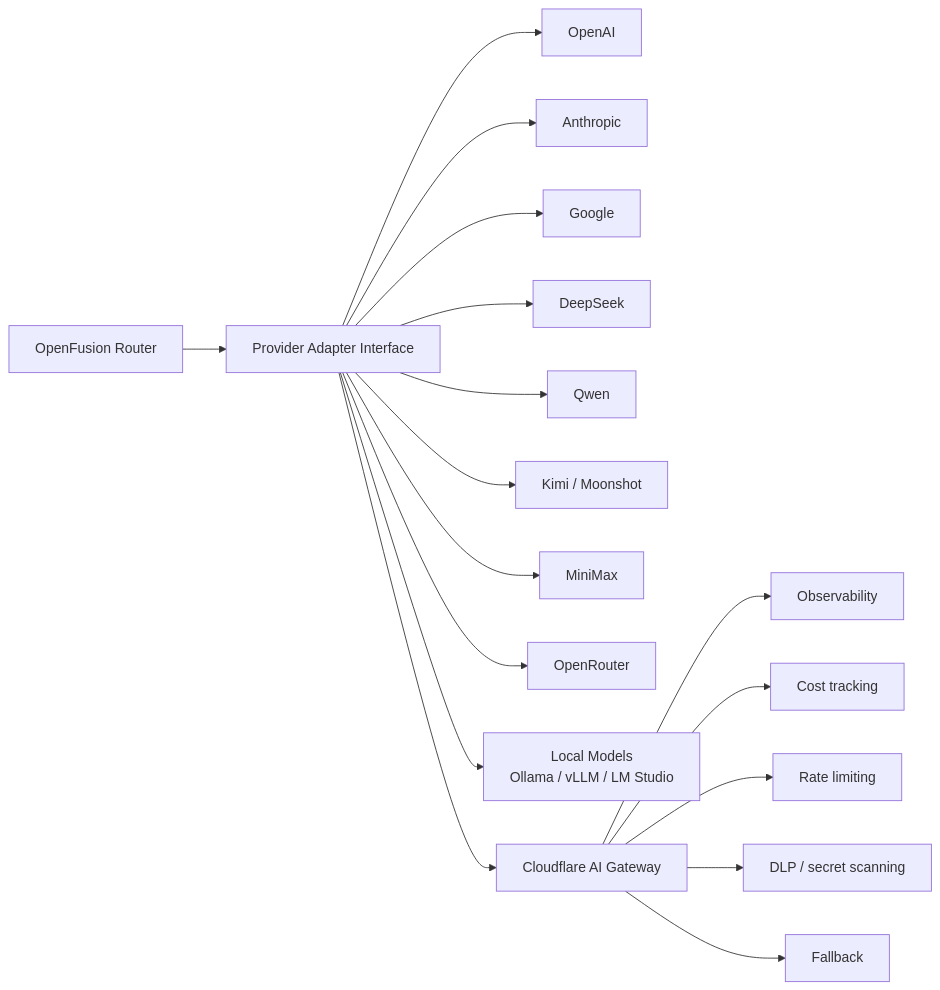
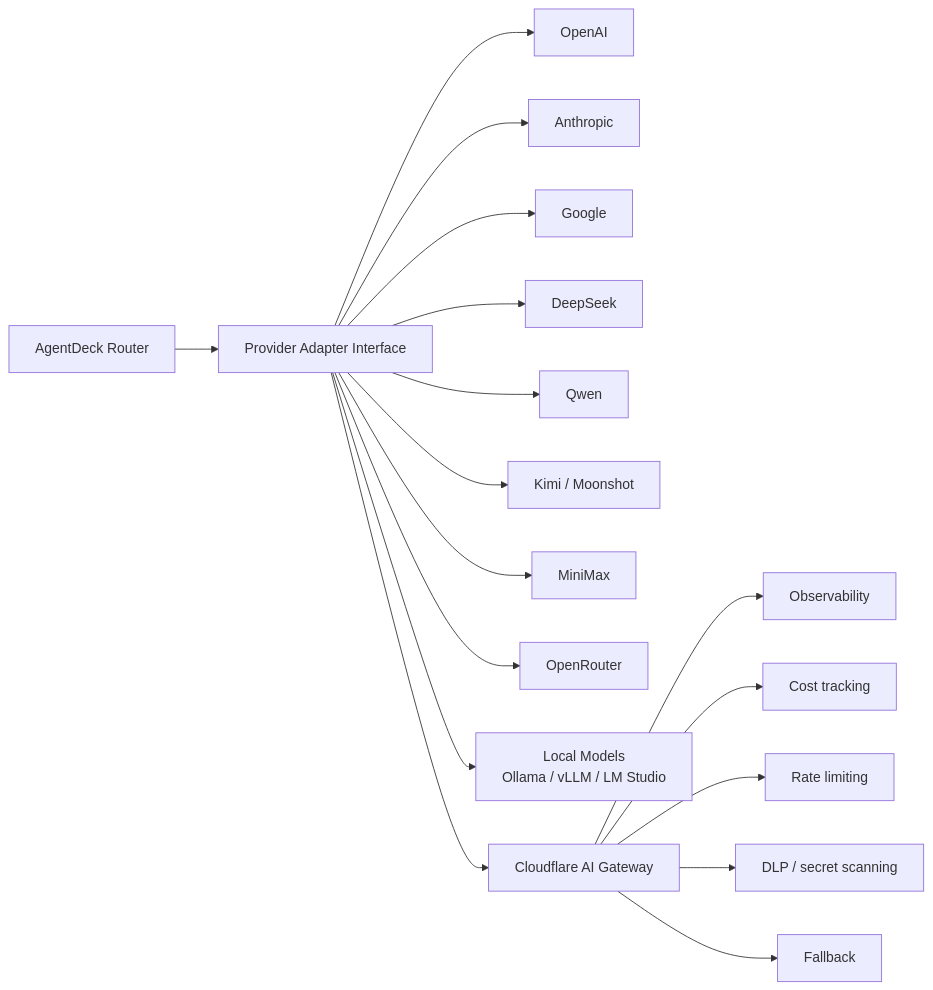
Before and after one commit to itsVijayCoder/agentDeck: the fifth of 23 diagrams in Docs/PRODUCT_EXPLAINER_WITH_DIAGRAM.md, drawn with Mermaid. The commit also changed other lines of this file and 86 other files, not shown here.

First line of the commit message:
refactor: rename project from openfusion to AgentDeck

````diff
--- a/Docs/PRODUCT_EXPLAINER_WITH_DIAGRAM.md
+++ b/Docs/PRODUCT_EXPLAINER_WITH_DIAGRAM.md
@@ -332,21 +332,21 @@
 ```mermaid
 flowchart LR
-    R[OpenFusion Router] --> P[Provider Adapter Interface]
+    R[AgentDeck Router] --> P[Provider Adapter Interface]
 
     P --> OAI[OpenAI]
     P --> ANT[Anthropic]
     P --> GOO[Google]
     P --> DS[DeepSeek]
     P --> QW[Qwen]
     P --> KM[Kimi / Moonshot]
     P --> MM[MiniMax]
     P --> OR[OpenRouter]
     P --> LOC[Local Models<br/>Ollama / vLLM / LM Studio]
 
     P --> CFGW[Cloudflare AI Gateway]
     CFGW --> OBS[Observability]
     CFGW --> COST[Cost tracking]
     CFGW --> RL[Rate limiting]
     CFGW --> DLP[DLP / secret scanning]
     CFGW --> FB[Fallback]
 ```
````
